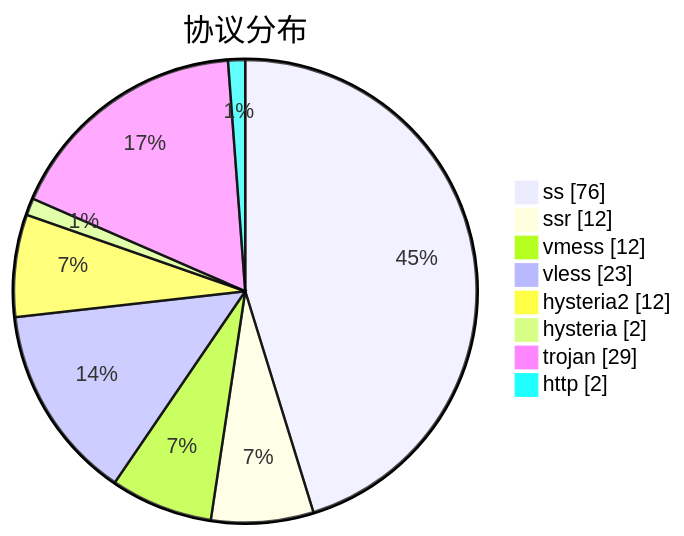
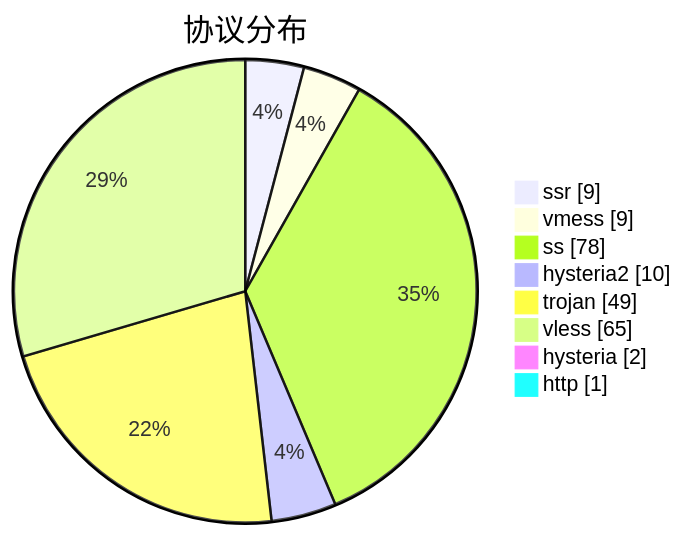
The third of 3 diagrams in subs/statistics/tested_within.md (sinspired/airport), drawn with Mermaid before and after one commit. The commit also changed other lines of this file and 2 other files, not shown here.

````diff
--- a/subs/statistics/tested_within.md
+++ b/subs/statistics/tested_within.md
@@ -56,12 +54,12 @@
 ```mermaid
 pie showData
 title 协议分布
-"ss" : 76
-"ssr" : 12
-"vmess" : 12
-"vless" : 23
-"hysteria2" : 12
+"ssr" : 9
+"vmess" : 9
+"ss" : 78
+"hysteria2" : 10
+"trojan" : 49
+"vless" : 65
 "hysteria" : 2
-"trojan" : 29
-"http" : 2
+"http" : 1
 ```
````
